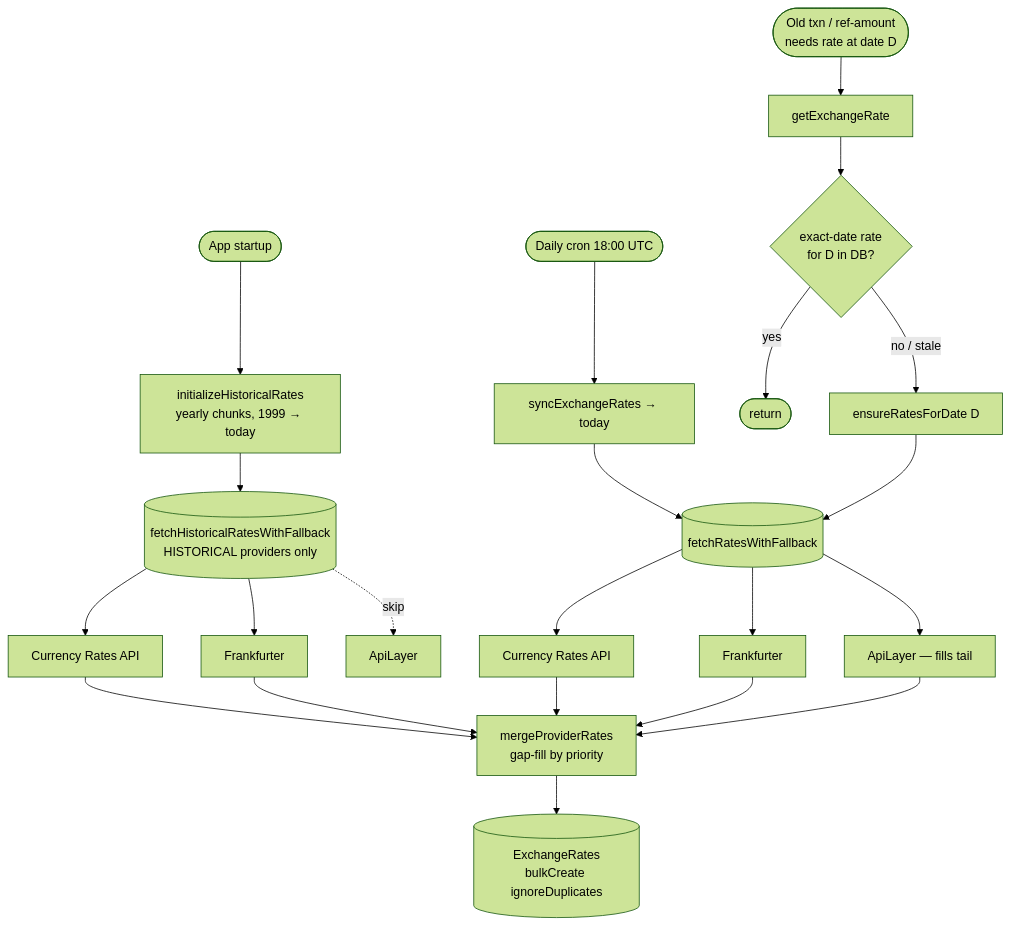
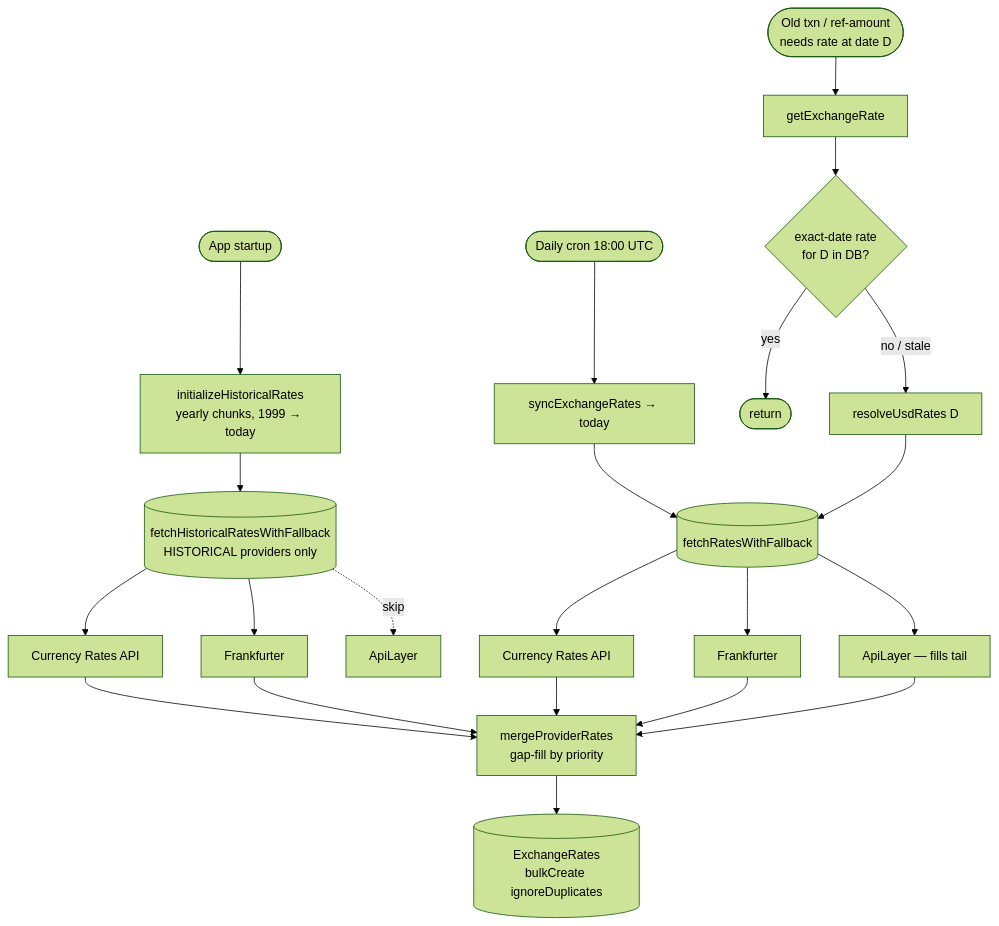
One commit to letehaha/budget-tracker changed the diagram in packages/backend/docs/exchange-rates.md. Above: the diagram before and after it, drawn with Mermaid (forest theme). The commit also changed other lines of this file and 4 other files, not shown here.

````diff
--- a/packages/backend/docs/exchange-rates.md
+++ b/packages/backend/docs/exchange-rates.md
@@ -23,30 +23,30 @@
 ```mermaid
 flowchart TD
     Start([App startup])
     Cron([Daily cron 18:00 UTC])
     Txn([Old txn / ref-amount<br/>needs rate at date D])
 
     Start --> Hist[initializeHistoricalRates<br/>yearly chunks, 1999 → today]
     Cron --> Sync[syncExchangeRates → today]
     Txn --> GetRate[getExchangeRate]
 
     GetRate --> Lookup{exact-date rate<br/>for D in DB?}
     Lookup -- yes --> Done([return])
-    Lookup -- no / stale --> Fetch[ensureRatesForDate D]
+    Lookup -- no / stale --> Fetch[resolveUsdRates D]
 
     Hist --> HistReg[(fetchHistoricalRatesWithFallback<br/>HISTORICAL providers only)]
     Sync --> DayReg[(fetchRatesWithFallback)]
     Fetch --> DayReg
 
     HistReg --> P1H[Currency Rates API]
     HistReg --> P2H[Frankfurter]
     HistReg -.skip.-> P3H[ApiLayer]
 
     DayReg --> P1[Currency Rates API]
     DayReg --> P2[Frankfurter]
     DayReg --> P3[ApiLayer — fills tail]
 
     P1 & P2 & P3 --> Merge[mergeProviderRates<br/>gap-fill by priority]
     P1H & P2H --> Merge
     Merge --> DB[(ExchangeRates<br/>bulkCreate ignoreDuplicates)]
 ```
````
